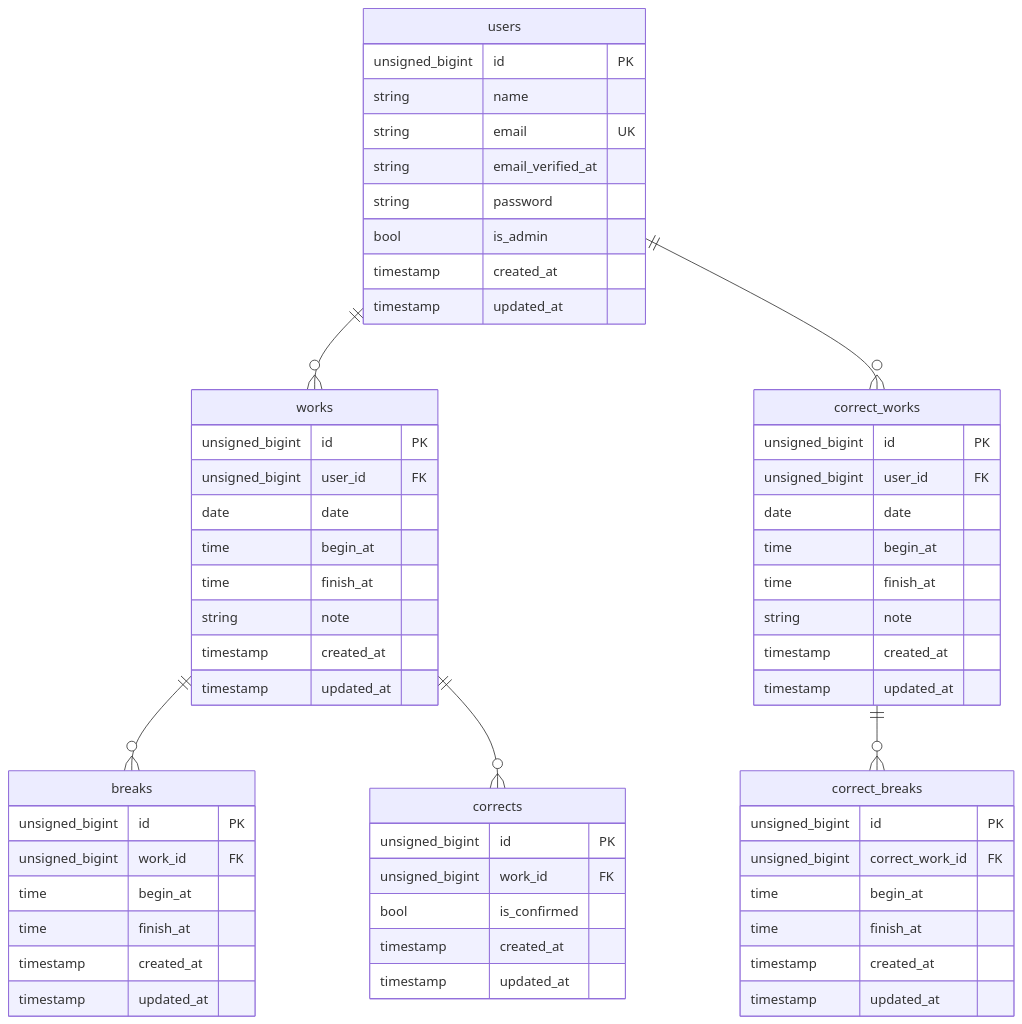
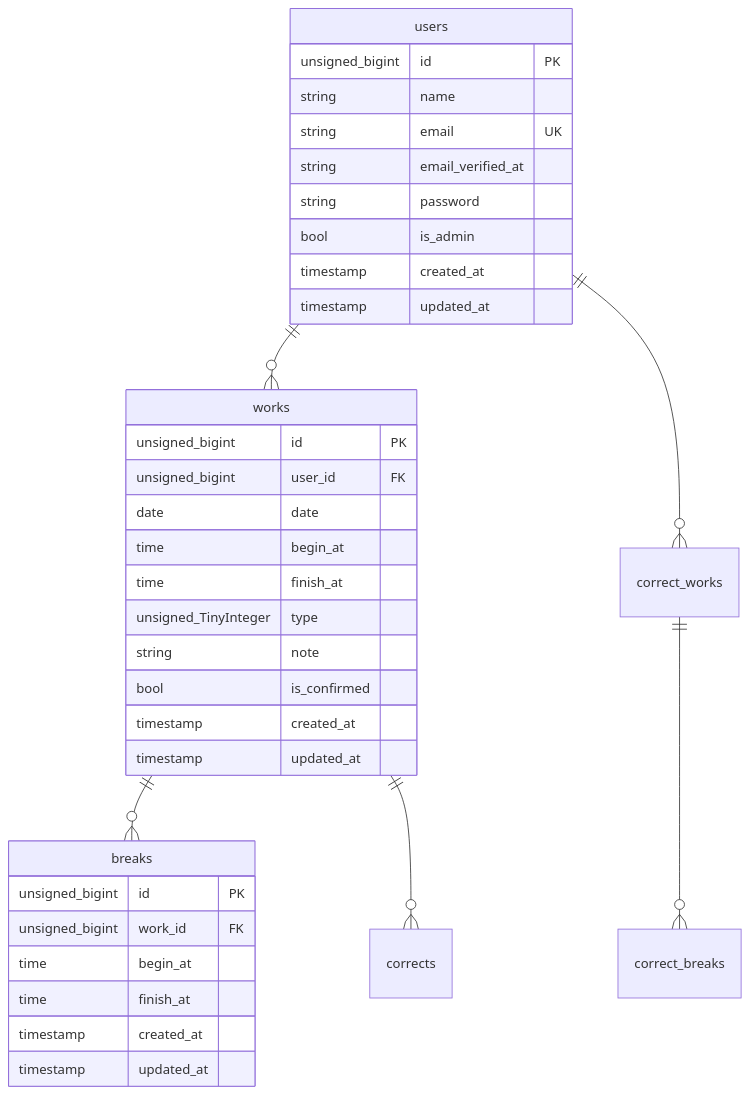
One commit to itoro967/AttendanceManagementApp changed the diagram in README.md. Above: the diagram before and after it, drawn with Mermaid. The commit also changed 11 other files, not shown here.

````diff
--- a/README.md
+++ b/README.md
@@ -20,62 +20,39 @@
 ```mermaid
 erDiagram
 
 users||--o{works:""
 works||--o{breaks:""
 works||--o{corrects:""
 users||--o{correct_works:""
 correct_works||--o{correct_breaks:""
 users{
   unsigned_bigint id PK
   string name
   string email UK
   string email_verified_at
   string password
   bool is_admin
   timestamp created_at
   timestamp updated_at
 }
 works{
   unsigned_bigint id PK
   unsigned_bigint user_id FK
   date date
   time begin_at
   time finish_at
+  unsigned_TinyInteger type
   string note
+  bool is_confirmed
   timestamp created_at
   timestamp updated_at
 }
 breaks{
   unsigned_bigint id PK
   unsigned_bigint work_id FK
   time begin_at
   time finish_at
   timestamp created_at
   timestamp updated_at
 }
-corrects{
-  unsigned_bigint id PK
-  unsigned_bigint work_id FK
-  bool is_confirmed
-  timestamp created_at
-  timestamp updated_at
-}
-correct_works{
-  unsigned_bigint id PK
-  unsigned_bigint user_id FK
-  date date
-  time begin_at
-  time finish_at
-  string note
-  timestamp created_at
-  timestamp updated_at
-}
-correct_breaks{
-  unsigned_bigint id PK
-  unsigned_bigint correct_work_id FK
-  time begin_at
-  time finish_at
-  timestamp created_at
-  timestamp updated_at
-}
 ```
````
